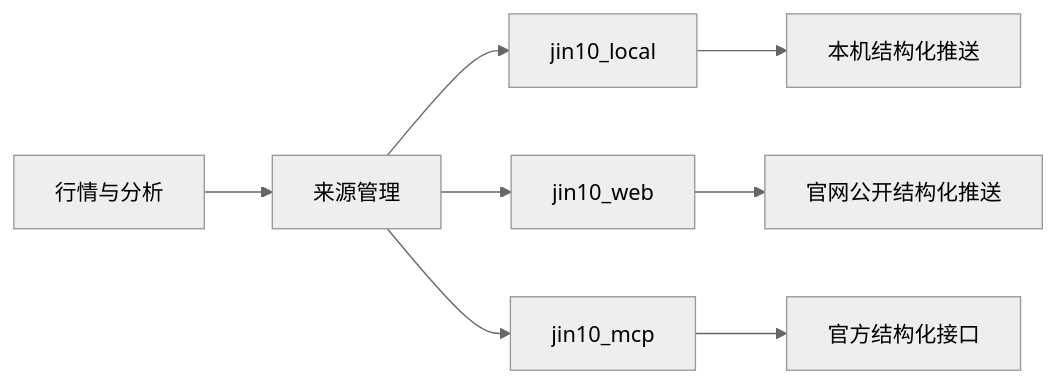
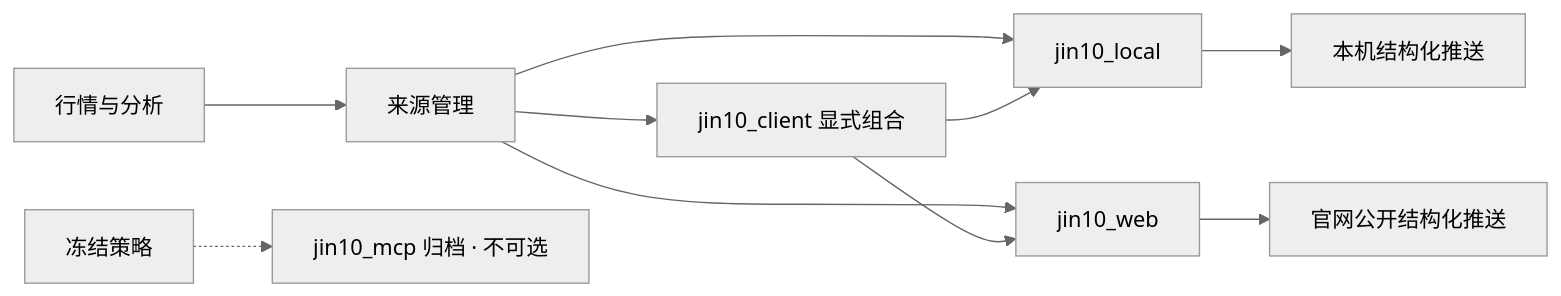
One commit to Daniel9572/TraceFang changed the diagram in docs/local-data-acceleration.md. Above: the diagram before and after it, drawn with Mermaid (neutral theme). The commit also changed other lines of this file and 30 other files, not shown here.

````diff
--- a/docs/local-data-acceleration.md
+++ b/docs/local-data-acceleration.md
@@ -52,10 +52,12 @@
 ```mermaid
 flowchart LR
     UI["行情与分析"] --> R["来源管理"]
+    R --> C["jin10_client 显式组合"]
     R --> S["jin10_local"]
     R --> W["jin10_web"]
-    R --> M["jin10_mcp"]
+    F["冻结策略"] -.-> M["jin10_mcp 归档 · 不可选"]
+    C --> S
+    C --> W
     S --> L["本机结构化推送"]
     W --> P["官网公开结构化推送"]
-    M --> O["官方结构化接口"]
 ```
````
